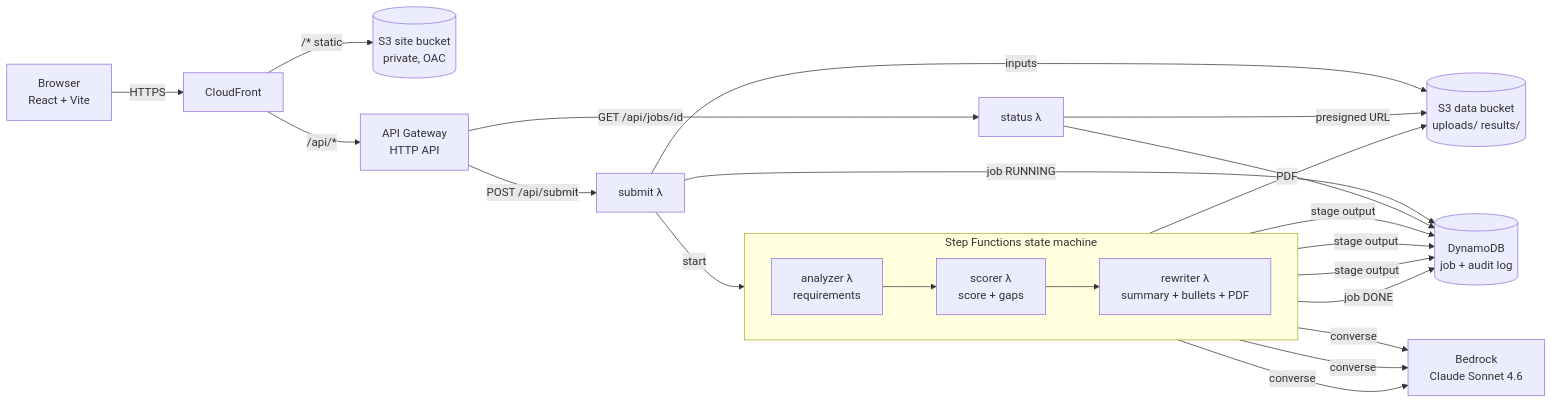
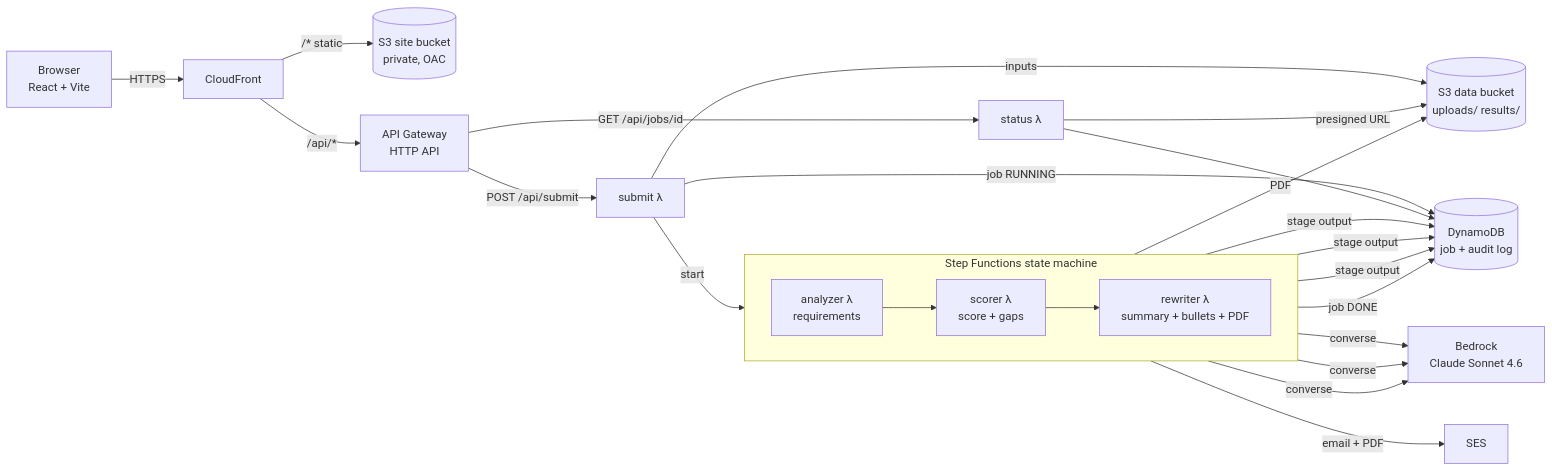
The diagram in README.md (Chakravardhan-04/resume-tailor), drawn with Mermaid before and after one commit. The commit also changed other lines of this file and 16 other files, not shown here.

Commit message:
feat: SES email delivery in infra, frontend email field and README (download link kept)

````diff
--- a/README.md
+++ b/README.md
@@ -9,23 +9,24 @@
 ```mermaid
 flowchart LR
   U[Browser<br/>React + Vite] -->|HTTPS| CF[CloudFront]
   CF -->|/* static| S3W[(S3 site bucket<br/>private, OAC)]
   CF -->|/api/*| APIGW[API Gateway<br/>HTTP API]
   APIGW -->|POST /api/submit| SUB[submit λ]
   APIGW -->|GET /api/jobs/id| STA[status λ]
   SUB -->|inputs| S3D[(S3 data bucket<br/>uploads/ results/)]
   SUB -->|job RUNNING| DDB[(DynamoDB<br/>job + audit log)]
   SUB -->|start| SFN
 
   subgraph SFN[Step Functions state machine]
     direction LR
     A[analyzer λ<br/>requirements] --> B[scorer λ<br/>score + gaps] --> C[rewriter λ<br/>summary + bullets + PDF]
   end
 
   A & B & C -->|converse| BR[Bedrock<br/>Claude Sonnet 4.6]
   A & B & C -->|stage output| DDB
   C -->|PDF| S3D
   C -->|job DONE| DDB
+  C -->|email + PDF| SES[SES]
   STA --> DDB
   STA -->|presigned URL| S3D
 ```
````
